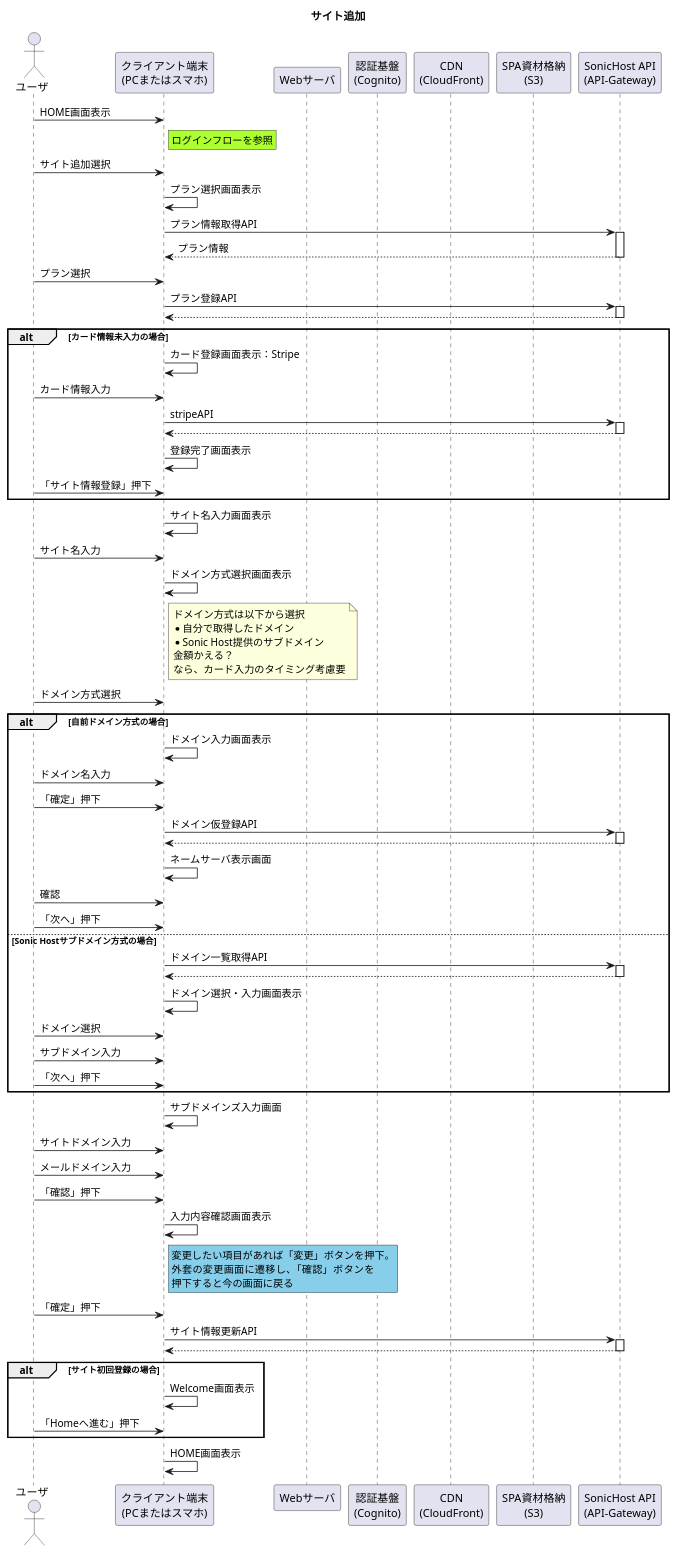
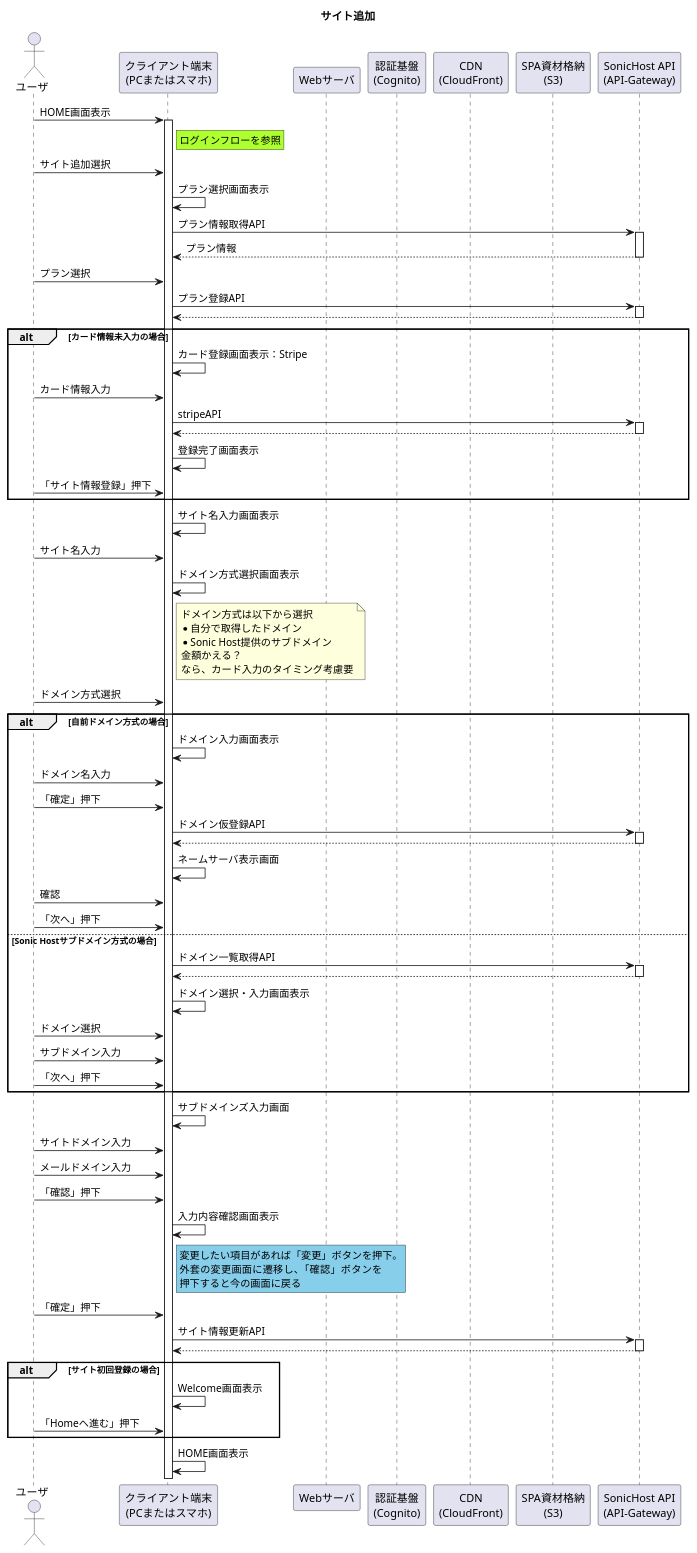
The diagram in 01_Sequences/04_SiteRegistration/01_AddSite/addSiteFlow.pu (Sonic-Host/documents), drawn with PlantUML before and after one commit.

Commit message:
Activateが足りなかったので追加

```diff
--- a/01_Sequences/04_SiteRegistration/01_AddSite/addSiteFlow.pu
+++ b/01_Sequences/04_SiteRegistration/01_AddSite/addSiteFlow.pu
@@ -1,81 +1,81 @@
 @startuml  サイト追加
 title サイト追加
 
 ' アクター定義
 actor "ユーザ" as user
 participant "クライアント端末\n(PCまたはスマホ)" as device
 participant "Webサーバ" as site
 participant "認証基盤\n(Cognito)" as cognito
 participant "CDN\n(CloudFront)" as cdn
 participant "SPA資材格納\n(S3)" as spa
 participant "SonicHost API\n(API-Gateway)" as api
 
 
-user -> device : HOME画面表示
+user -> device ++: HOME画面表示
 rnote right of device #GreenYellow
     ログインフローを参照
 end note
 user -> device : サイト追加選択
 
 device -> device : プラン選択画面表示
 device -> api ++ : プラン情報取得API
 device <-- api -- : プラン情報
 user -> device : プラン選択
 device -> api ++ : プラン登録API
 device <-- api -- 
 alt カード情報未入力の場合
     device -> device : カード登録画面表示：Stripe
     user -> device : カード情報入力
     device -> api ++ : stripeAPI
     device <-- api -- 
     device -> device : 登録完了画面表示
     user -> device : 「サイト情報登録」押下
 end 
 device -> device : サイト名入力画面表示
 user -> device : サイト名入力
 device -> device : ドメイン方式選択画面表示
 note right of device 
     ドメイン方式は以下から選択
     * 自分で取得したドメイン
     * Sonic Host提供のサブドメイン
     金額かえる？
     なら、カード入力のタイミング考慮要
 end note
 user -> device : ドメイン方式選択
 alt 自前ドメイン方式の場合
     device -> device :ドメイン入力画面表示
     user -> device : ドメイン名入力
     user -> device : 「確定」押下
     device -> api ++ : ドメイン仮登録API
     device <-- api -- 
     device -> device : ネームサーバ表示画面
     user -> device : 確認
     user -> device : 「次へ」押下
 else Sonic Hostサブドメイン方式の場合
     device -> api ++ : ドメイン一覧取得API
     device <-- api -- 
     device -> device : ドメイン選択・入力画面表示
     user -> device : ドメイン選択
     user -> device : サブドメイン入力
     user -> device : 「次へ」押下
 end 
 device -> device : サブドメインズ入力画面
 user -> device : サイトドメイン入力
 user -> device : メールドメイン入力
 user -> device : 「確認」押下
 device -> device : 入力内容確認画面表示
 rnote right of device #SkyBlue
     変更したい項目があれば「変更」ボタンを押下。
     外套の変更画面に遷移し、「確認」ボタンを
     押下すると今の画面に戻る
 end note
 user -> device : 「確定」押下
 device -> api ++ : サイト情報更新API
 device <-- api -- 
 alt サイト初回登録の場合
     device -> device : Welcome画面表示
     user -> device : 「Homeへ進む」押下
 end 
 device -> device : HOME画面表示
 
 @enduml
```
